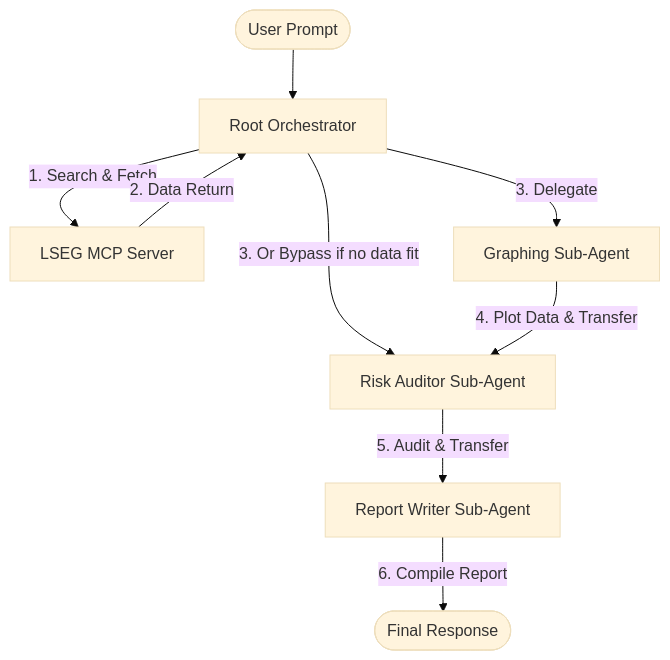
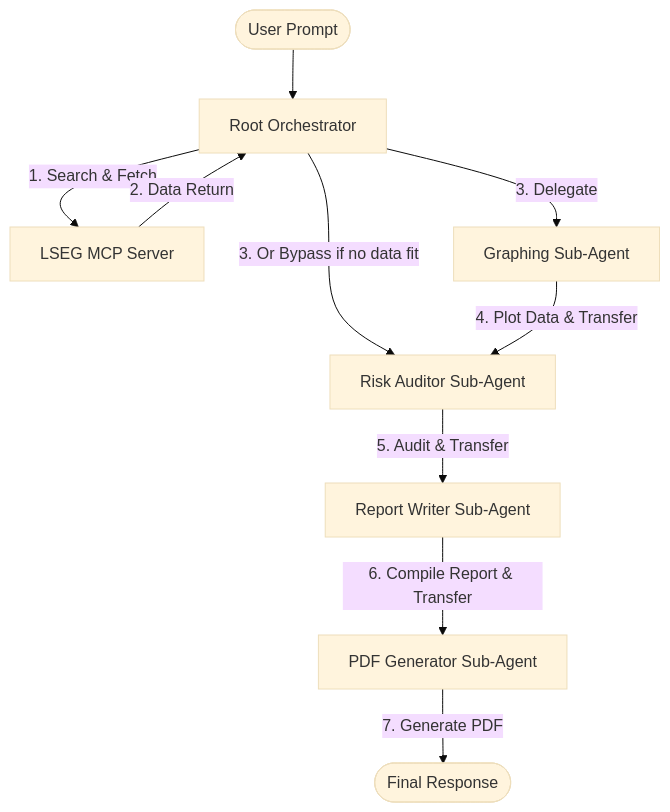
The diagram in README.md (aagardezi/lsegmcpagentdemo-beta-adk), drawn with Mermaid (base theme) before and after one commit. The commit also changed other lines of this file and 21 other files, not shown here.

Commit message:
feat: Add PDF report generation capabilities, update agent logic and dependencies, and introduce new testing utilities.

````diff
--- a/README.md
+++ b/README.md
@@ -26,11 +28,12 @@
 ```mermaid
 graph TD
     User([User Prompt]) --> Orchestrator[Root Orchestrator]
     Orchestrator -->|1. Search & Fetch| LSEG[LSEG MCP Server]
     LSEG -->|2. Data Return| Orchestrator
     Orchestrator -->|3. Delegate| Graphing[Graphing Sub-Agent]
     Orchestrator -->|3. Or Bypass if no data fit| RiskCritique[Risk Auditor Sub-Agent]
     Graphing -->|4. Plot Data & Transfer| RiskCritique
     RiskCritique -->|5. Audit & Transfer| Report[Report Writer Sub-Agent]
-    Report -->|6. Compile Report| UserResponse([Final Response])
+    Report -->|6. Compile Report & Transfer| PDFGen[PDF Generator Sub-Agent]
+    PDFGen -->|7. Generate PDF| UserResponse([Final Response])
 ```
````
